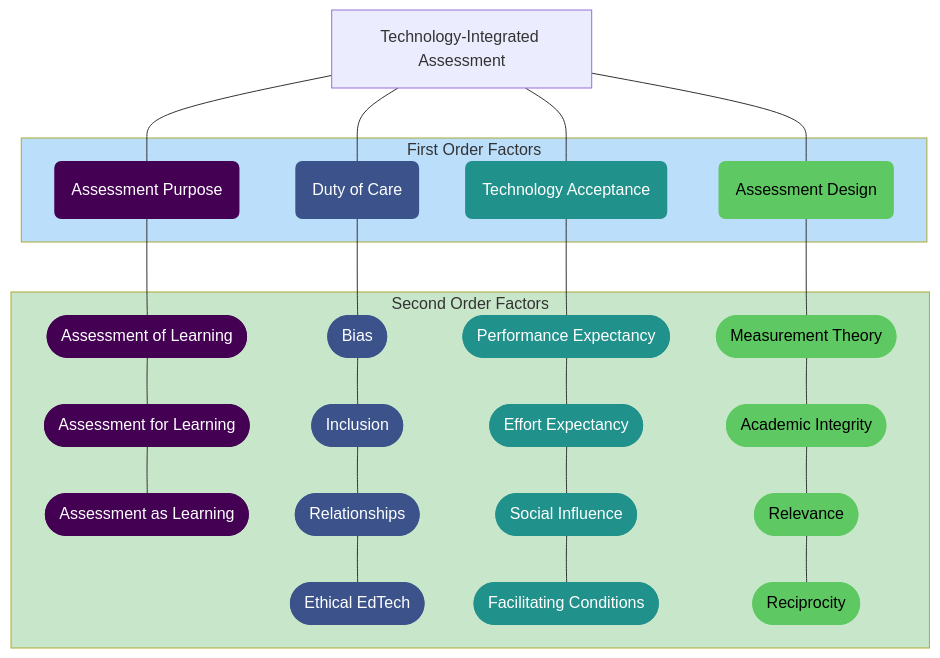
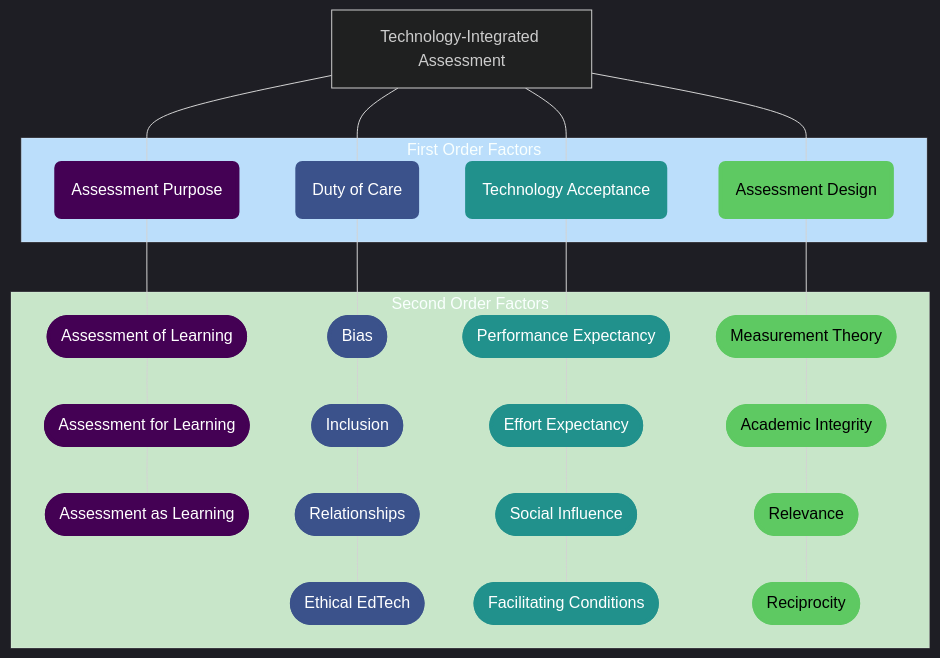
Before and after one commit to cmadland/slides: the first of 2 diagrams in posts/otessa25-grading/index.qmd, drawn with Mermaid. The commit also changed other lines of this file and 77 other files, not shown here.

````diff
--- a/posts/otessa25-grading/index.qmd
+++ b/posts/otessa25-grading/index.qmd
@@ -53,68 +53,69 @@
 ```{mermaid}
+%%{init: {'theme':'dark'}}%%
 flowchart TD
         A["Technology-Integrated Assessment"]
  subgraph subgraph_2rvu6wpa7["First Order Factors"]
         B("Assessment Purpose")
         C("Duty of Care")
         D("Technology Acceptance")
         E("Assessment Design")
   end
  subgraph subgraph_p3azrijwm["Second Order Factors"]
         F(["Assessment of Learning"])
         G(["Assessment for Learning"])
         H(["Assessment as Learning"])
         I(["Bias"])
         J(["Inclusion"])
         K(["Relationships"])
         L(["Ethical EdTech"])
         M(["Performance Expectancy"])
         N(["Effort Expectancy"])
         O(["Social Influence"])
         P(["Facilitating Conditions"])
         Q(["Measurement Theory"])
         R(["Academic Integrity"])
         S(["Relevance"])
         T(["Reciprocity"])
   end
     A --- B & C & D & E
     B --- F
     F --- G
     G --- H
     C --- I
     I --- J
     J --- K
     K --- L
     D --- M
     M --- N
     N --- O
     O --- P
     E --- Q
     Q --- R
     R --- S
     S --- T
      B:::purpose
      C:::duty
      D:::accept
      E:::design
      F:::purpose
      G:::purpose
      H:::purpose
      I:::duty
      J:::duty
      K:::duty
      L:::duty
      M:::accept
      N:::accept
      O:::accept
      P:::accept
      Q:::design
      R:::design
      S:::design
      T:::design
     classDef purpose fill:#440154,color:#fff,stroke:#440154,stroke-width:4px
     classDef duty fill:#3B528B,color:#fff,stroke:#3B528B,stroke-width:4px
     classDef accept fill:#21918c,color:#fff,stroke:#21918c,stroke-width:4px
     classDef design fill:#5EC962,color:#000,stroke:#5EC962,stroke-width:4px
     style subgraph_2rvu6wpa7 fill:#BBDEFB
     style subgraph_p3azrijwm fill:#C8E6C9
 ```
````
